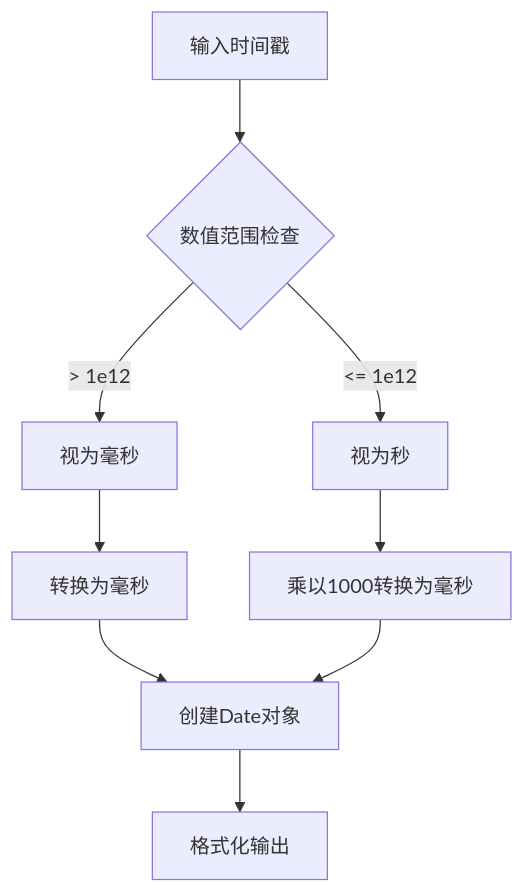
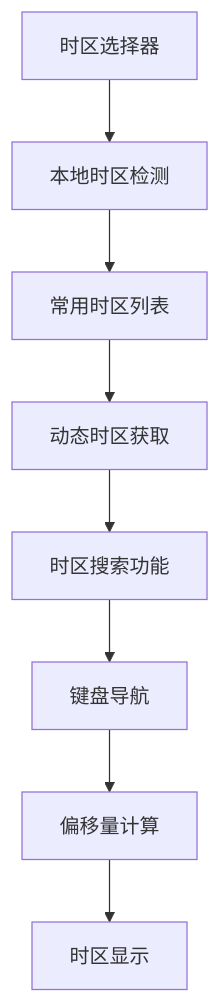
One commit to sgyy/privadeck changed the eighth of 10 diagrams in .qoder/repowiki/zh/content/开发者工具/时间戳工具.md. Above: the diagram before and after it, drawn with Mermaid. The commit also changed other lines of this file and 7 other files, not shown here.

````diff
--- a/.qoder/repowiki/zh/content/开发者工具/时间戳工具.md
+++ b/.qoder/repowiki/zh/content/开发者工具/时间戳工具.md
@@ -158,11 +416,10 @@
 ```mermaid
-flowchart TD
-A[输入时间戳] --> B{数值范围检查}
-B --> |> 1e12| C[视为毫秒]
-B --> |<= 1e12| D[视为秒]
-C --> E[转换为毫秒]
-D --> F[乘以1000转换为毫秒]
-E --> G[创建Date对象]
-F --> G
-G --> H[格式化输出]
+graph TB
+A[时区选择器] --> B[本地时区检测]
+B --> C[常用时区列表]
+C --> D[动态时区获取]
+D --> E[时区搜索功能]
+E --> F[键盘导航]
+F --> G[偏移量计算]
+G --> H[时区显示]
 ```
````
